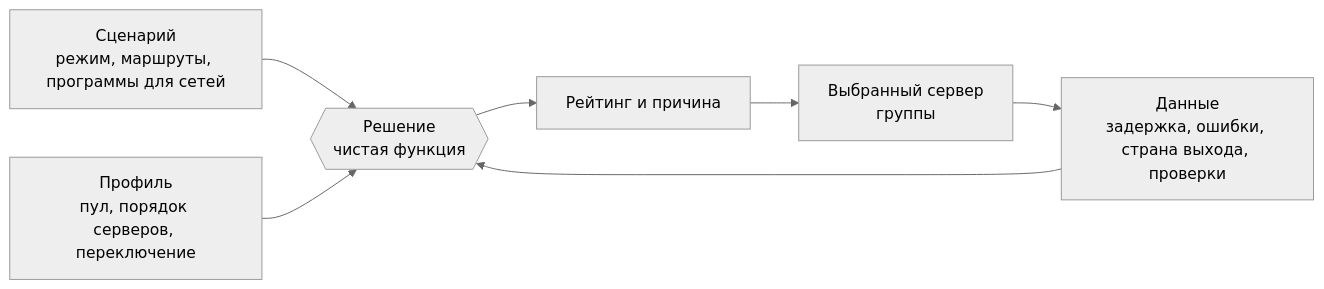
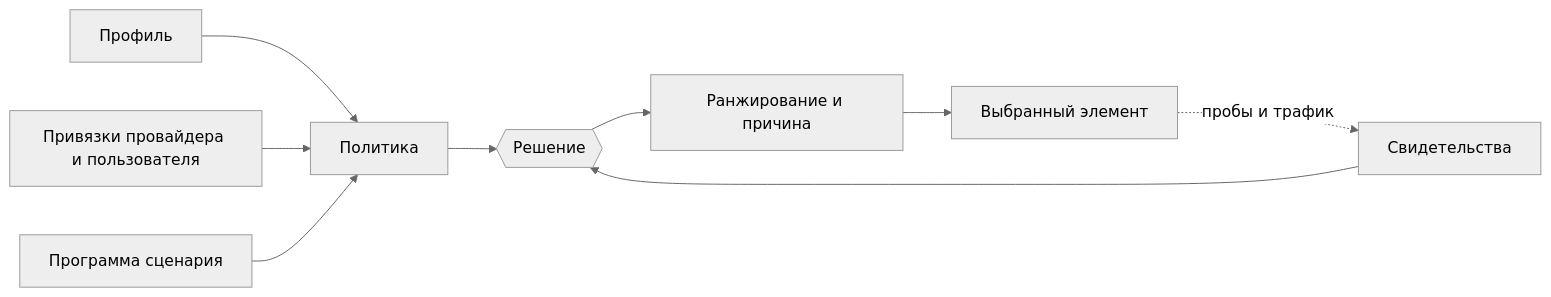
One commit to Hoxiee/ReClash changed the diagram in docs/ru/auto-routing/README.md. Above: the diagram before and after it, drawn with Mermaid (neutral theme). The commit also changed other lines of this file and 128 other files, not shown here.

````diff
--- a/docs/ru/auto-routing/README.md
+++ b/docs/ru/auto-routing/README.md
@@ -23,9 +17,11 @@
 ```mermaid
 flowchart LR
-    S[Сценарий<br/>режим, маршруты, программы для сетей] --> G
-    P[Профиль<br/>пул, порядок серверов, переключение] --> G
-    E[Данные<br/>задержка, ошибки, страна выхода, проверки] --> G
-    G{{Решение<br/>чистая функция}} --> R[Рейтинг и причина]
-    R --> N[Выбранный сервер<br/>группы]
-    N --> E
+    Profile[Профиль] --> Policy[Политика]
+    Binding[Привязки провайдера и пользователя] --> Policy
+    Program[Программа сценария] --> Policy
+    Policy --> Decide{{Решение}}
+    Evidence[Свидетельства] --> Decide
+    Decide --> Ranking[Ранжирование и причина]
+    Ranking --> Member[Выбранный элемент]
+    Member -. пробы и трафик .-> Evidence
 ```
````
